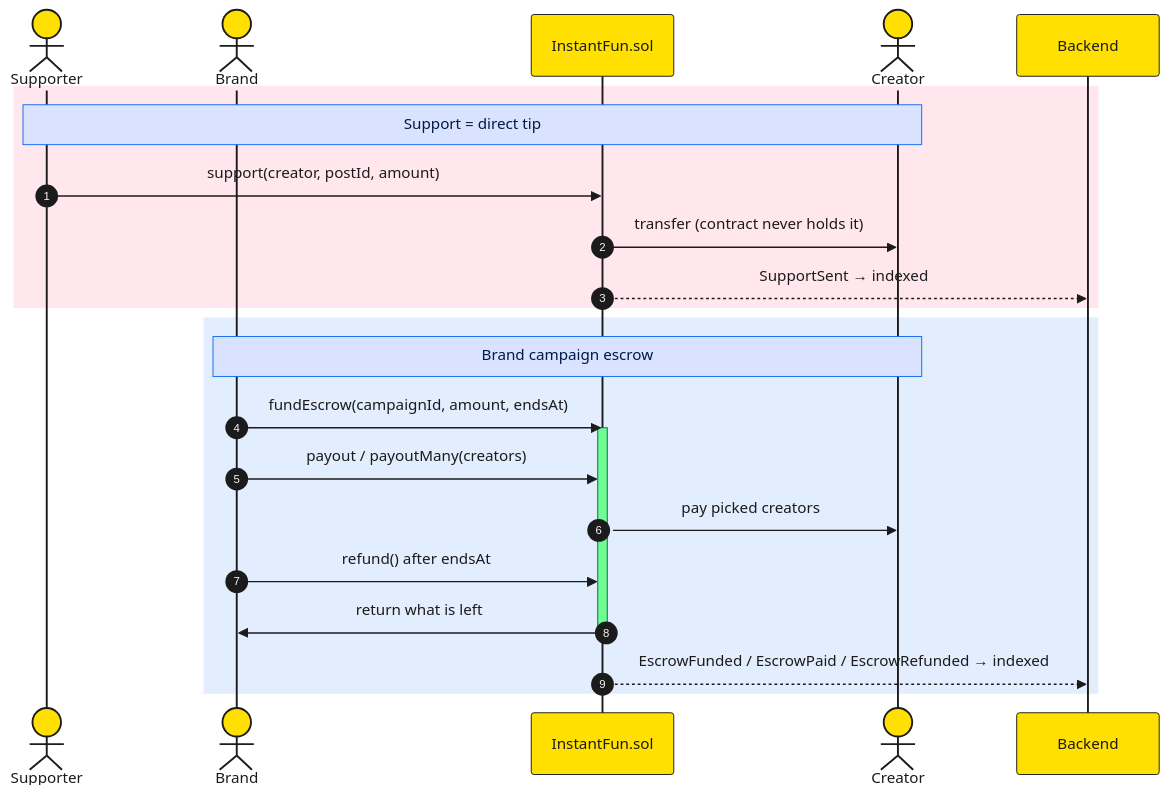
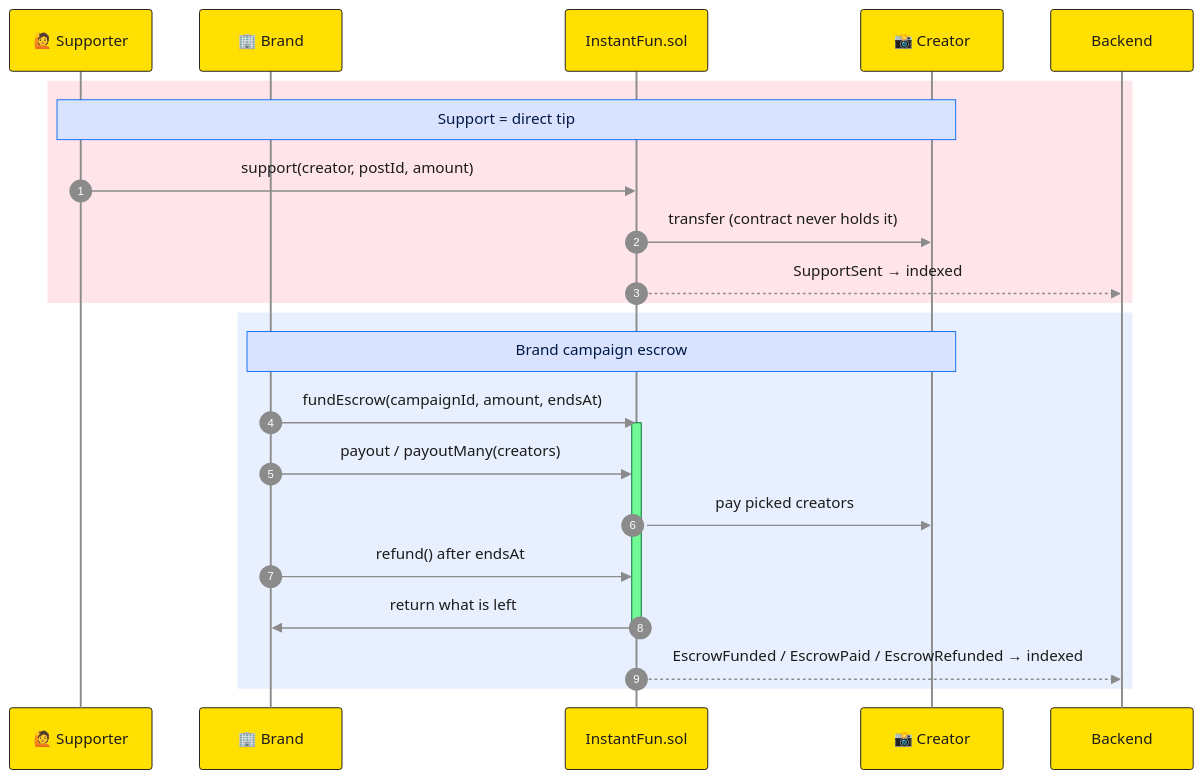
One commit to sewunodetech/instant-fe changed the third of 4 diagrams in README.md. Above: the diagram before and after it, drawn with Mermaid. The commit also changed other lines of this file, not shown here.

Commit message:
fix: update mermaid diagram colors for improved visibility and consistency

````diff
--- a/README.md
+++ b/README.md
@@ -115,29 +115,29 @@
 ```mermaid
-%%{init: {'theme':'base', 'themeVariables': {'fontSize':'14px', 'actorBkg':'#ffe000', 'actorBorder':'#1c1b1b', 'actorTextColor':'#1c1b1b', 'signalColor':'#1c1b1b', 'signalTextColor':'#1c1b1b', 'noteBkgColor':'#d9e2ff', 'noteBorderColor':'#106df4', 'noteTextColor':'#001945', 'activationBkgColor':'#71fb96', 'activationBorderColor':'#006d32'}}}%%
+%%{init: {'theme':'base', 'themeVariables': {'fontSize':'14px', 'actorBkg':'#ffe000', 'actorBorder':'#1c1b1b', 'actorTextColor':'#1c1b1b', 'actorLineColor':'#8b8b8b', 'signalColor':'#8b8b8b', 'sequenceNumberColor':'#ffffff', 'signalTextColor':'#1c1b1b', 'noteBkgColor':'#d9e2ff', 'noteBorderColor':'#106df4', 'noteTextColor':'#001945', 'activationBkgColor':'#71fb96', 'activationBorderColor':'#006d32'}}}%%
 sequenceDiagram
     autonumber
-    actor S as Supporter
-    actor B as Brand
+    participant S as 🙋 Supporter
+    participant B as 🏢 Brand
     participant C as InstantFun.sol
-    actor K as Creator
+    participant K as 📸 Creator
     participant API as Backend
 
-    rect rgba(255, 61, 104, 0.12)
+    rect rgb(255, 228, 234)
         Note over S,K: Support = direct tip
         S->>C: support(creator, postId, amount)
         C->>K: transfer (contract never holds it)
         C-->>API: SupportSent → indexed
     end
 
-    rect rgba(16, 109, 244, 0.12)
+    rect rgb(232, 240, 255)
         Note over B,K: Brand campaign escrow
         B->>C: fundEscrow(campaignId, amount, endsAt)
         activate C
         B->>C: payout / payoutMany(creators)
         C->>K: pay picked creators
         B->>C: refund() after endsAt
         C->>B: return what is left
         deactivate C
         C-->>API: EscrowFunded / EscrowPaid / EscrowRefunded → indexed
     end
 ```
````
